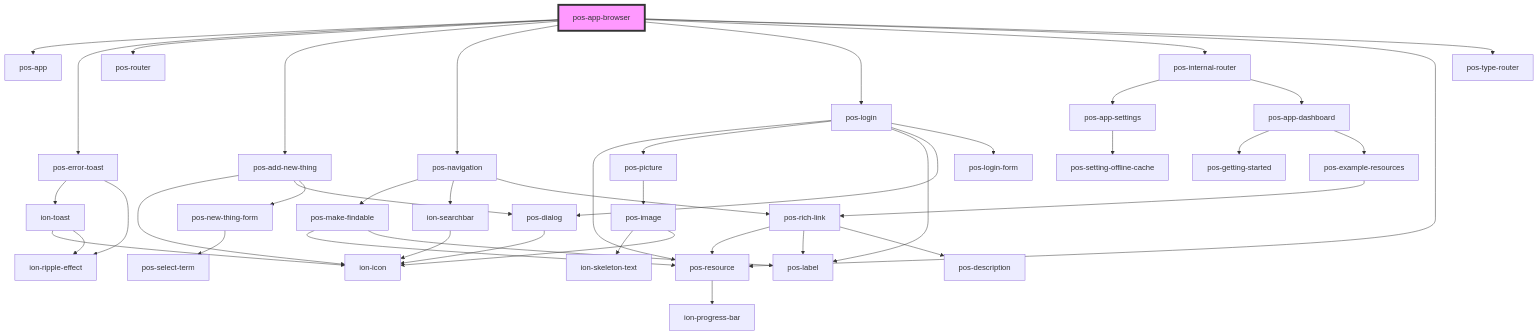
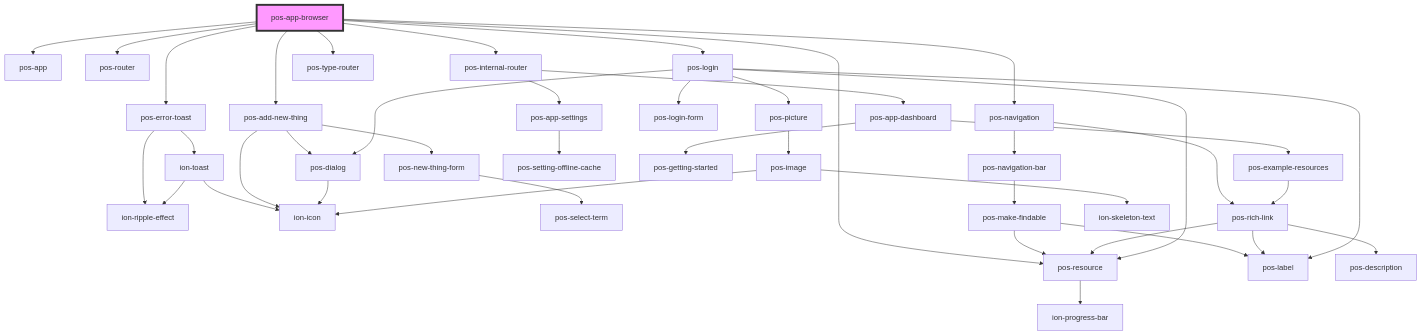
One commit to pod-os/PodOS changed the diagram in docs/elements/apps/pos-app-browser/readme.md. Above: the diagram before and after it, drawn with Mermaid. The commit also changed 4 other files, not shown here.

````diff
--- a/docs/elements/apps/pos-app-browser/readme.md
+++ b/docs/elements/apps/pos-app-browser/readme.md
@@ -31,46 +31,45 @@
 ```mermaid
 graph TD;
   pos-app-browser --> pos-app
   pos-app-browser --> pos-error-toast
   pos-app-browser --> pos-router
   pos-app-browser --> pos-add-new-thing
   pos-app-browser --> pos-navigation
   pos-app-browser --> pos-login
   pos-app-browser --> pos-internal-router
   pos-app-browser --> pos-resource
   pos-app-browser --> pos-type-router
   pos-error-toast --> ion-toast
   pos-error-toast --> ion-ripple-effect
   ion-toast --> ion-icon
   ion-toast --> ion-ripple-effect
   pos-add-new-thing --> ion-icon
   pos-add-new-thing --> pos-dialog
   pos-add-new-thing --> pos-new-thing-form
   pos-dialog --> ion-icon
   pos-new-thing-form --> pos-select-term
-  pos-navigation --> pos-make-findable
-  pos-navigation --> ion-searchbar
+  pos-navigation --> pos-navigation-bar
   pos-navigation --> pos-rich-link
+  pos-navigation-bar --> pos-make-findable
   pos-make-findable --> pos-resource
   pos-make-findable --> pos-label
   pos-resource --> ion-progress-bar
-  ion-searchbar --> ion-icon
   pos-rich-link --> pos-resource
   pos-rich-link --> pos-label
   pos-rich-link --> pos-description
   pos-login --> pos-resource
   pos-login --> pos-picture
   pos-login --> pos-label
   pos-login --> pos-dialog
   pos-login --> pos-login-form
   pos-picture --> pos-image
   pos-image --> ion-skeleton-text
   pos-image --> ion-icon
   pos-internal-router --> pos-app-settings
   pos-internal-router --> pos-app-dashboard
   pos-app-settings --> pos-setting-offline-cache
   pos-app-dashboard --> pos-getting-started
   pos-app-dashboard --> pos-example-resources
   pos-example-resources --> pos-rich-link
   style pos-app-browser fill:#f9f,stroke:#333,stroke-width:4px
 ```
````
